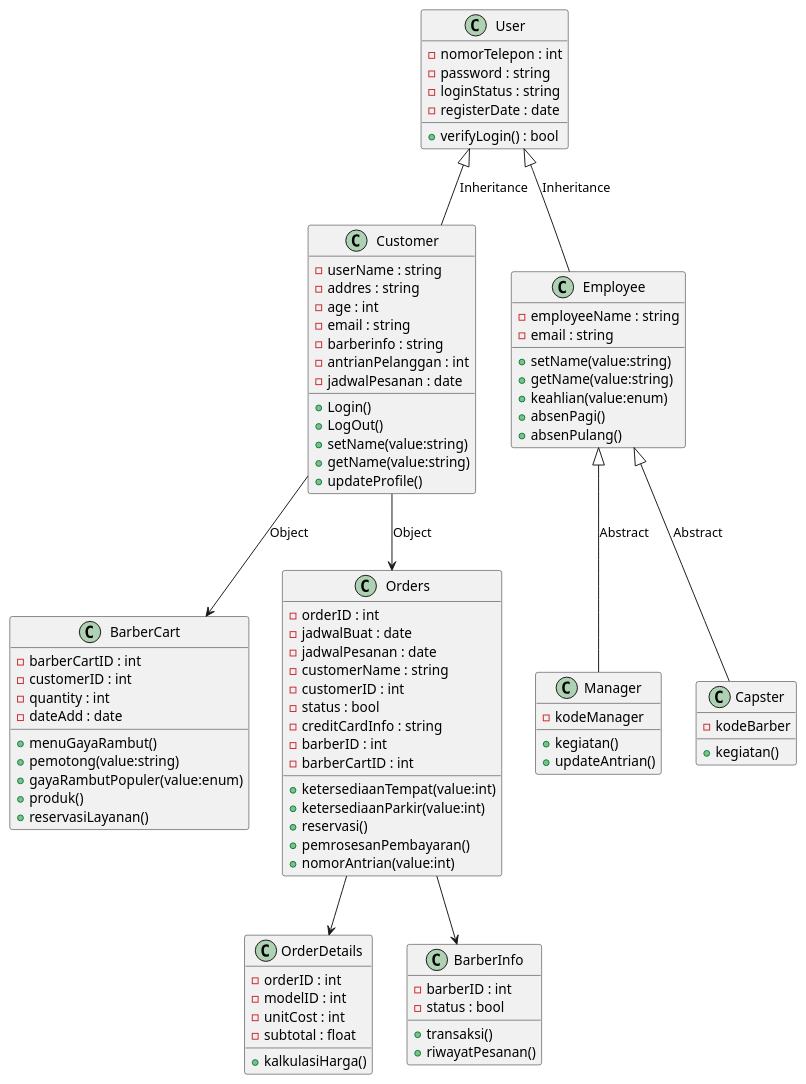
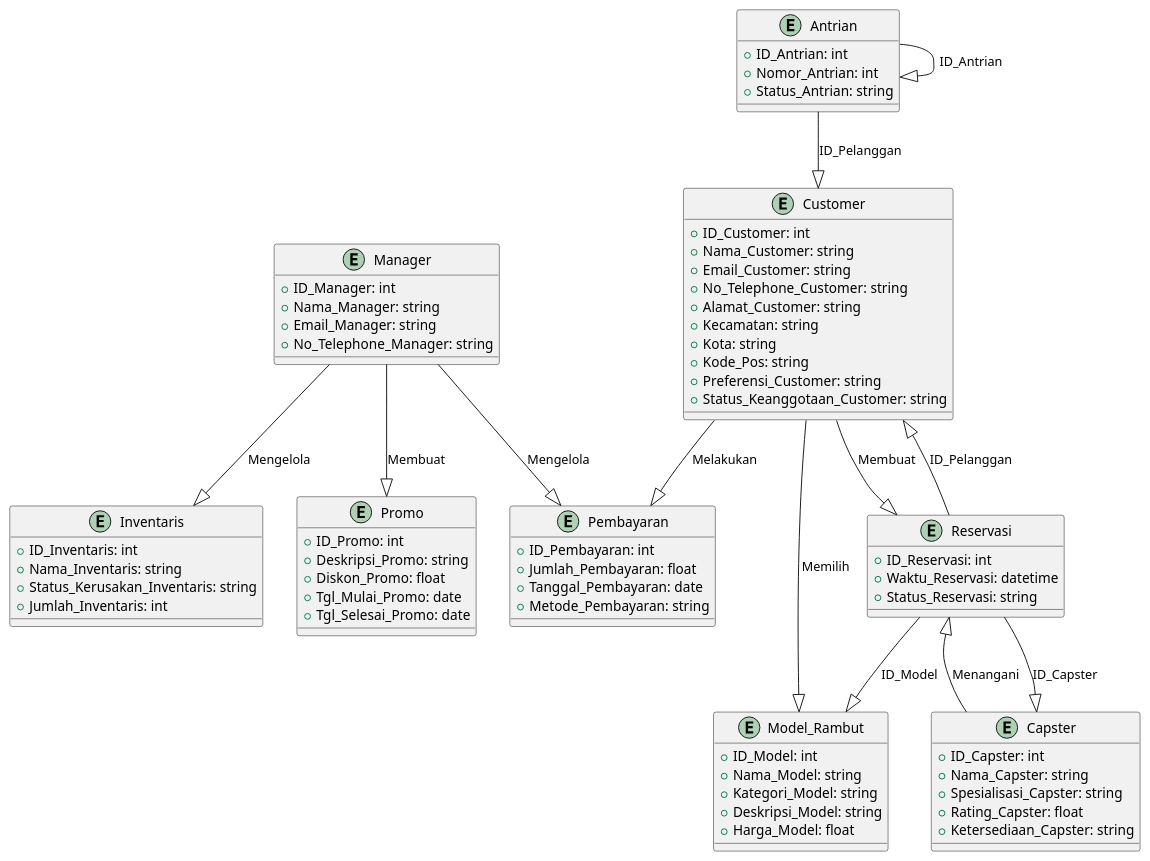
Before and after one commit to ZIDANIDROS/BelajarBackend: the diagram in UML/apbo.plantuml, drawn with PlantUML.

```diff
--- a/UML/apbo.plantuml
+++ b/UML/apbo.plantuml
@@ -1,99 +1,90 @@
 @startuml
-class BarberCart {
-    - barberCartID : int
-    - customerID : int
-    - quantity : int
-    - dateAdd : date
-    + menuGayaRambut()
-    + pemotong(value:string)
-    + gayaRambutPopuler(value:enum)
-    + produk()
-    + reservasiLayanan()
+
+entity Manager {
+    +ID_Manager: int
+    +Nama_Manager: string
+    +Email_Manager: string
+    +No_Telephone_Manager: string
 }
 
-class Orders {
-    - orderID : int
-    - jadwalBuat : date
-    - jadwalPesanan : date
-    - customerName : string
-    - customerID : int
-    - status : bool
-    - creditCardInfo : string
-    - barberID : int
-    - barberCartID : int
-    + ketersediaanTempat(value:int)
-    + ketersediaanParkir(value:int)
-    + reservasi()
-    + pemrosesanPembayaran()
-    + nomorAntrian(value:int)
+entity Pembayaran {
+    +ID_Pembayaran: int
+    +Jumlah_Pembayaran: float
+    +Tanggal_Pembayaran: date
+    +Metode_Pembayaran: string
 }
 
-class OrderDetails {
-    - orderID : int
-    - modelID : int
-    - unitCost : int
-    - subtotal : float
-    + kalkulasiHarga()
+entity Customer {
+    +ID_Customer: int
+    +Nama_Customer: string
+    +Email_Customer: string
+    +No_Telephone_Customer: string
+    +Alamat_Customer: string
+    +Kecamatan: string
+    +Kota: string
+    +Kode_Pos: string
+    +Preferensi_Customer: string
+    +Status_Keanggotaan_Customer: string
 }
 
-class User {
-    - nomorTelepon : int
-    - password : string
-    - loginStatus : string
-    - registerDate : date
-    + verifyLogin() : bool
+entity Reservasi {
+    +ID_Reservasi: int
+    +Waktu_Reservasi: datetime
+    +Status_Reservasi: string
 }
 
-class Customer {
-    - userName : string
-    - addres : string
-    - age : int
-    - email : string
-    - barberinfo : string
-    - antrianPelanggan : int
-    - jadwalPesanan : date
-    + Login()
-    + LogOut()
-    + setName(value:string)
-    + getName(value:string)
-    + updateProfile()
+entity Capster {
+    +ID_Capster: int
+    +Nama_Capster: string
+    +Spesialisasi_Capster: string
+    +Rating_Capster: float
+    +Ketersediaan_Capster: string
 }
 
-class Employee {
-    - employeeName : string
-    - email : string
-    + setName(value:string)
-    + getName(value:string)
-    + keahlian(value:enum)
-    + absenPagi()
-    + absenPulang()
+entity Model_Rambut {
+    +ID_Model: int
+    +Nama_Model: string
+    +Kategori_Model: string
+    +Deskripsi_Model: string
+    +Harga_Model: float
 }
 
-class Manager {
-    - kodeManager
-    + kegiatan()
-    + updateAntrian()
+entity Antrian {
+    +ID_Antrian: int
+    +Nomor_Antrian: int
+    +Status_Antrian: string
 }
 
-class Capster {
-    - kodeBarber
-    + kegiatan()
+entity Inventaris {
+    +ID_Inventaris: int
+    +Nama_Inventaris: string
+    +Status_Kerusakan_Inventaris: string
+    +Jumlah_Inventaris: int
 }
 
-class BarberInfo {
-    - barberID : int
-    - status : bool
-    + transaksi()
-    + riwayatPesanan()
+entity Promo {
+    +ID_Promo: int
+    +Deskripsi_Promo: string
+    +Diskon_Promo: float
+    +Tgl_Mulai_Promo: date
+    +Tgl_Selesai_Promo: date
 }
 
-User <|-- Customer : Inheritance
-User <|-- Employee : Inheritance
-Employee <|-- Manager : Abstract
-Employee <|-- Capster : Abstract
-Customer --> Orders : Object
-Customer --> BarberCart : Object
-Orders --> OrderDetails
-Orders --> BarberInfo
+Manager --|> Pembayaran : "Mengelola"
+Manager --|> Inventaris : "Mengelola"
+Manager --|> Promo : "Membuat"
+
+Customer --|> Pembayaran : "Melakukan"
+Customer --|> Reservasi : "Membuat"
+Customer --|> Model_Rambut : "Memilih"
+
+Reservasi --|> Capster : "ID_Capster"
+Reservasi --|> Model_Rambut : "ID_Model"
+Reservasi --|> Customer : "ID_Pelanggan"
+
+Antrian --|> Customer : "ID_Pelanggan"
+Antrian --|> Antrian : "ID_Antrian"
+
+Capster --|> Reservasi : "Menangani"
 
 @enduml
```
